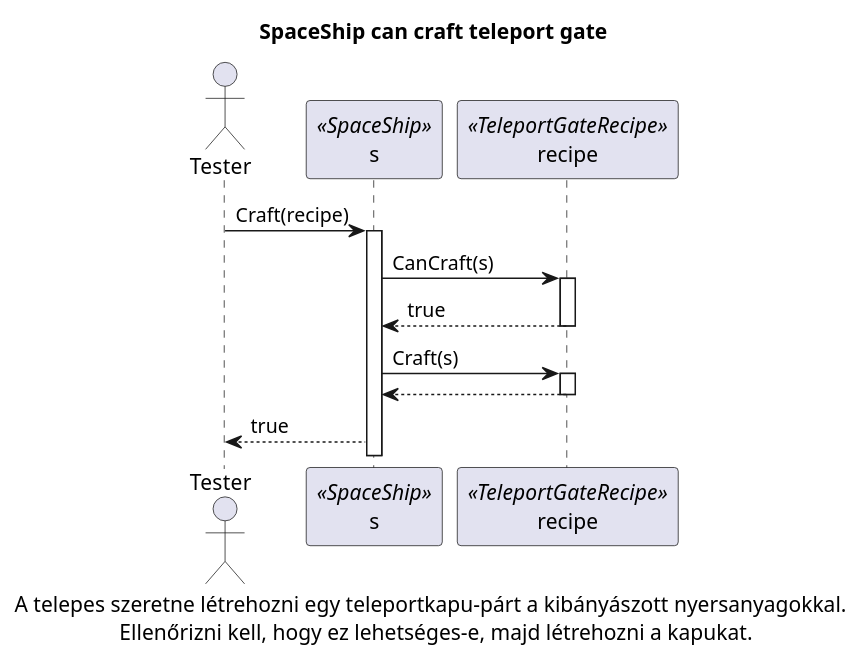
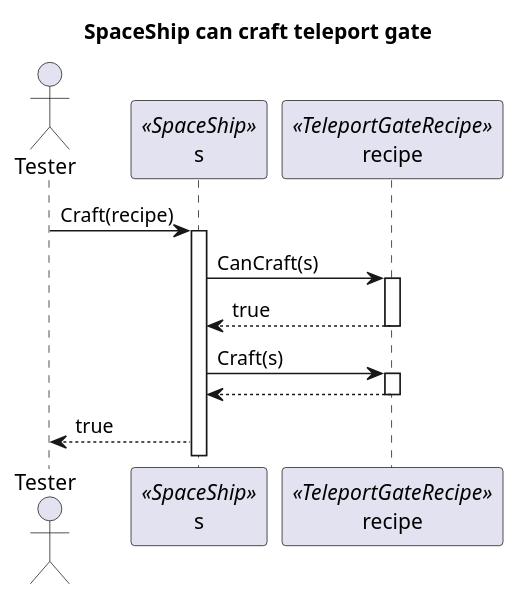
Before and after one commit to viseguard-studios/Documentation: the diagram in docs/Skeleton/diagrams/Craft_teleport_gate/sequence/1.CanCraft_gate.puml, drawn with PlantUML. The commit also changed 14 other files, not shown here.

Commit message:
update uml

```diff
--- a/docs/Skeleton/diagrams/Craft_teleport_gate/sequence/1.CanCraft_gate.puml
+++ b/docs/Skeleton/diagrams/Craft_teleport_gate/sequence/1.CanCraft_gate.puml
@@ -1,23 +1,23 @@
 @startuml
 
 actor Tester as Tester
 participant s as s <<SpaceShip>>
 participant recipe as recipe <<TeleportGateRecipe>>
 
 
 title SpaceShip can craft teleport gate
 
 Tester -> s++: Craft(recipe)
 
 s-> recipe++: CanCraft(s)
 recipe --> s --: true
 
 s-> recipe++: Craft(s) 
 recipe-->s--: 
 
 s--> Tester: true
 
-caption  A telepes szeretne létrehozni egy teleportkapu-párt a kibányászott nyersanyagokkal. \n Ellenőrizni kell, hogy ez lehetséges-e, majd létrehozni a kapukat. 
+
 
 
 @enduml
```
